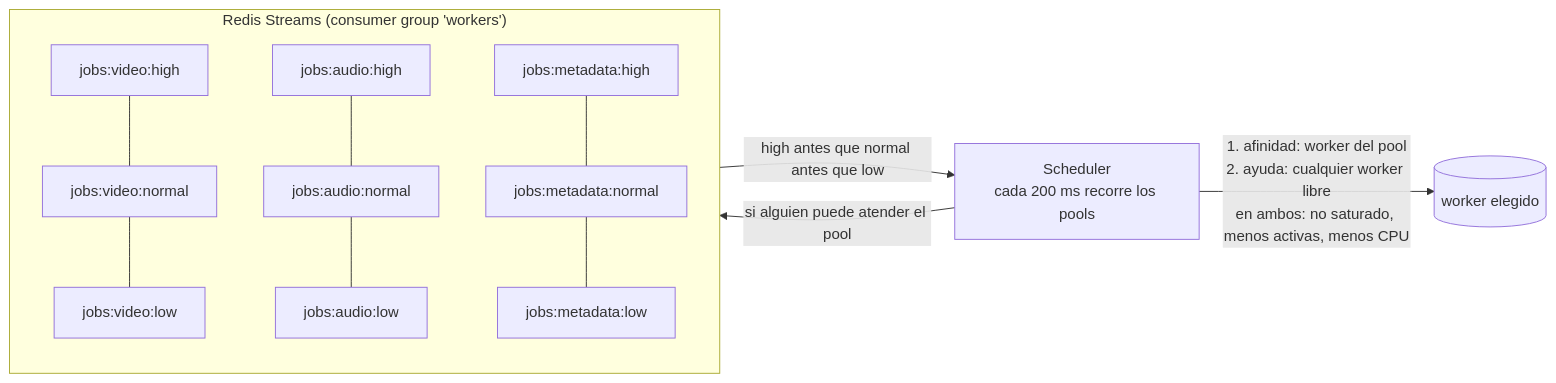
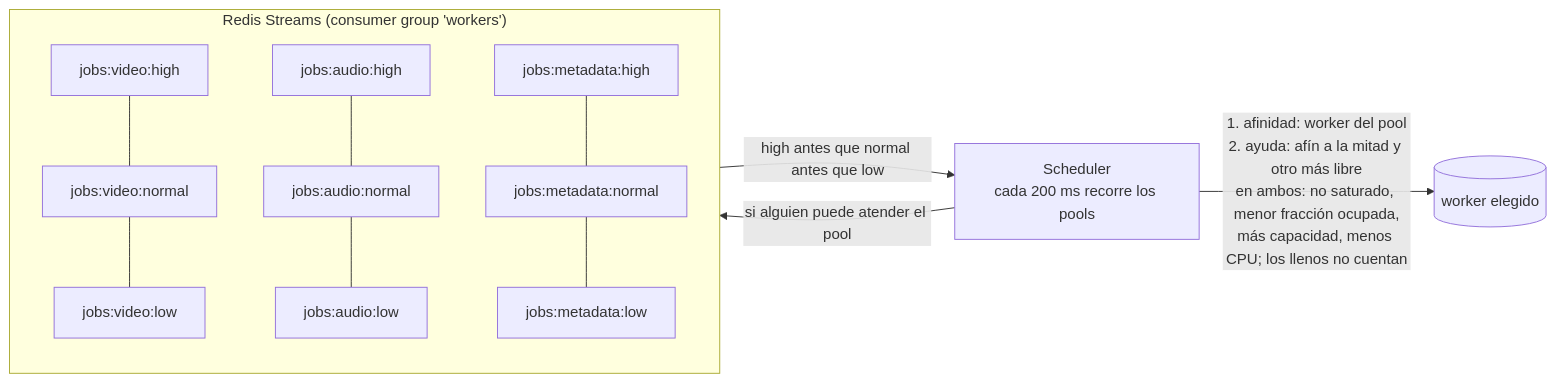
One commit to lenokeckler/mediacase-platform changed the fifth of 6 diagrams in docs/architecture.md. Above: the diagram before and after it, drawn with Mermaid. The commit also changed other lines of this file and 17 other files, not shown here.

````diff
--- a/docs/architecture.md
+++ b/docs/architecture.md
@@ -176,12 +176,12 @@
 ```mermaid
 flowchart LR
   subgraph redis["Redis Streams (consumer group 'workers')"]
     direction TB
     VH[jobs:video:high] --- VN[jobs:video:normal] --- VL[jobs:video:low]
     AH[jobs:audio:high] --- AN[jobs:audio:normal] --- AL[jobs:audio:low]
     MH[jobs:metadata:high] --- MN[jobs:metadata:normal] --- ML[jobs:metadata:low]
   end
   S[Scheduler<br/>cada 200 ms recorre los pools] -->|si alguien puede atender el pool| redis
   redis -->|high antes que normal antes que low| S
-  S -->|1. afinidad: worker del pool<br/>2. ayuda: cualquier worker libre<br/>en ambos: no saturado, menos activas, menos CPU| W[(worker elegido)]
+  S -->|1. afinidad: worker del pool<br/>2. ayuda: afín a la mitad y otro más libre<br/>en ambos: no saturado, menor fracción ocupada,<br/>más capacidad, menos CPU; los llenos no cuentan| W[(worker elegido)]
 ```
````
